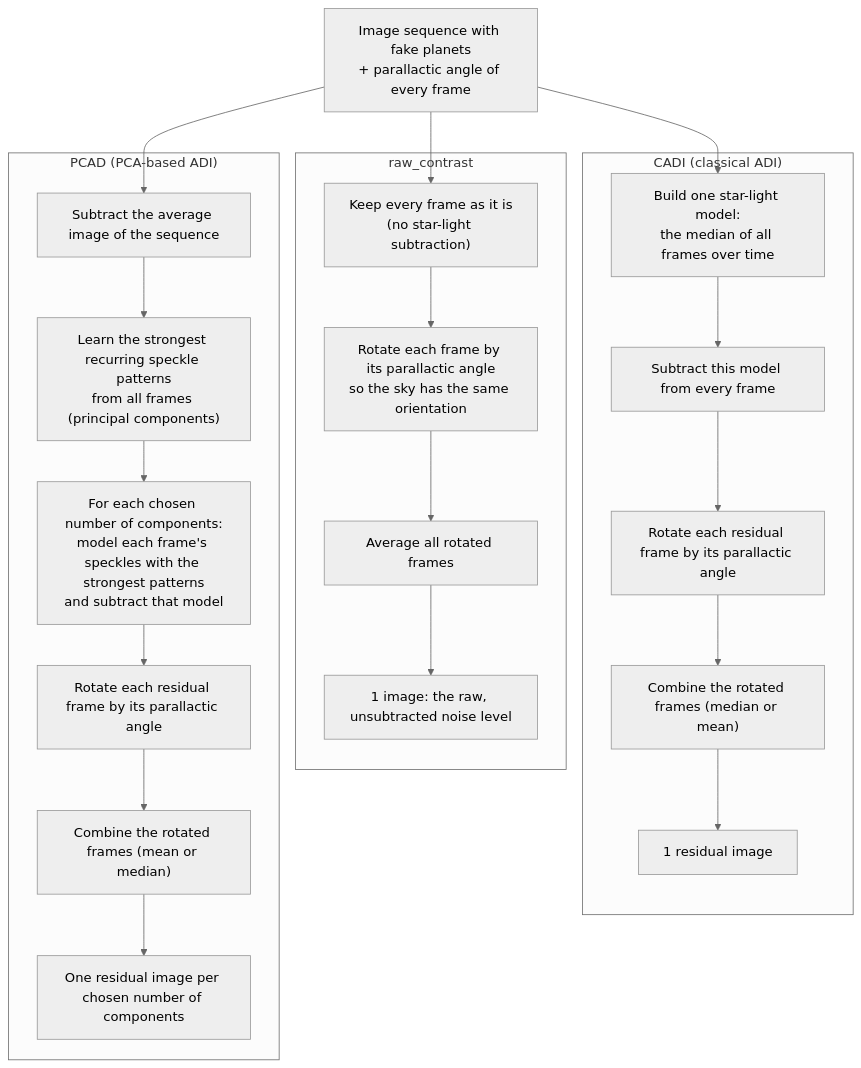
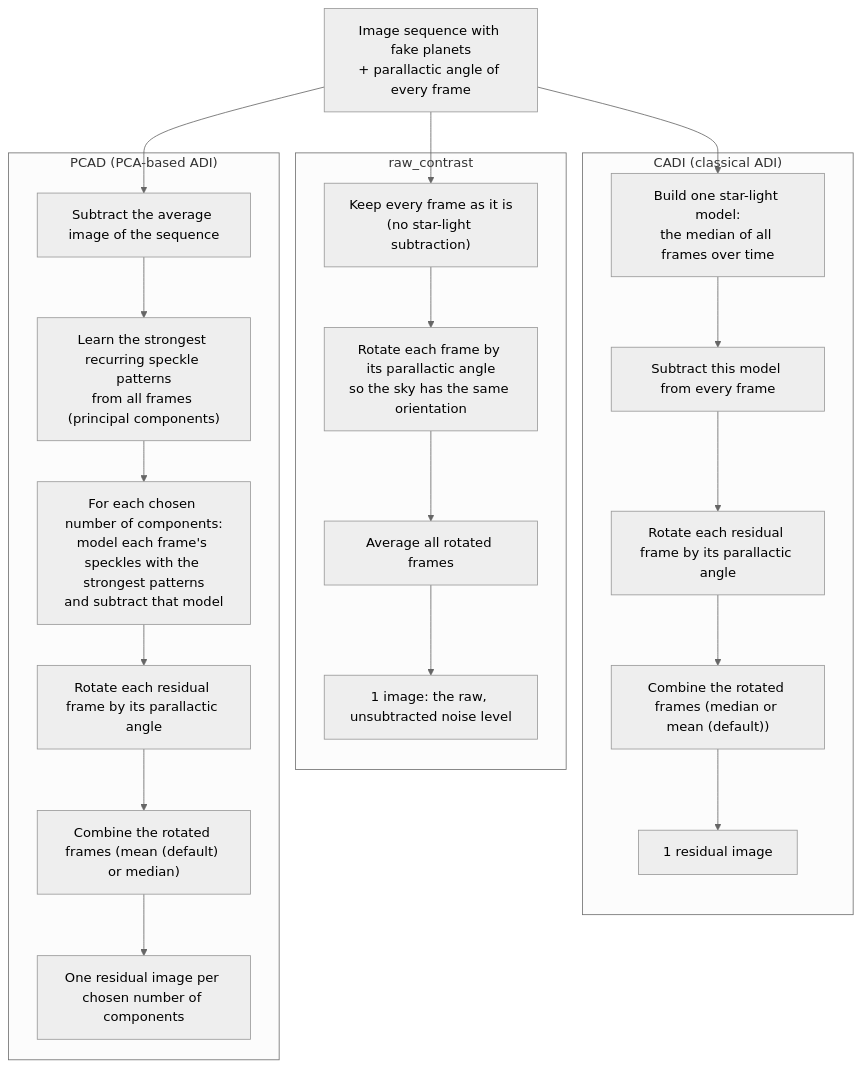
One commit to noah-bns/ESO_internship changed the third of 5 diagrams in src/pipeline_ADI/README.md. Above: the diagram before and after it, drawn with Mermaid (neutral theme). The commit also changed other lines of this file, not shown here.

````diff
--- a/src/pipeline_ADI/README.md
+++ b/src/pipeline_ADI/README.md
@@ -103,35 +102,35 @@
 ```mermaid
 flowchart TD
     IN["Image sequence with fake planets<br/>+ parallactic angle of every frame"]
 
     subgraph RAW["raw_contrast"]
         R1["Keep every frame as it is<br/>(no star-light subtraction)"]
         R2["Rotate each frame by its parallactic angle<br/>so the sky has the same orientation"]
         R3["Average all rotated frames"]
         R4["1 image: the raw, unsubtracted noise level"]
         R1 --> R2 --> R3 --> R4
     end
 
     subgraph CADI["CADI (classical ADI)"]
         C1["Build one star-light model:<br/>the median of all frames over time"]
         C2["Subtract this model from every frame"]
         C3["Rotate each residual frame by its parallactic angle"]
-        C4["Combine the rotated frames (median or mean)"]
+        C4["Combine the rotated frames (median or mean (default))"]
         C5["1 residual image"]
         C1 --> C2 --> C3 --> C4 --> C5
     end
 
     subgraph PCAD["PCAD (PCA-based ADI)"]
         P1["Subtract the average image of the sequence"]
         P2["Learn the strongest recurring speckle patterns<br/>from all frames (principal components)"]
         P3["For each chosen number of components:<br/>model each frame's speckles with the strongest patterns<br/>and subtract that model"]
         P4["Rotate each residual frame by its parallactic angle"]
-        P5["Combine the rotated frames (mean or median)"]
+        P5["Combine the rotated frames (mean (default) or median)"]
         P6["One residual image per chosen number of components"]
         P1 --> P2 --> P3 --> P4 --> P5 --> P6
     end
 
     IN --> R1
     IN --> C1
     IN --> P1
 ```
````
